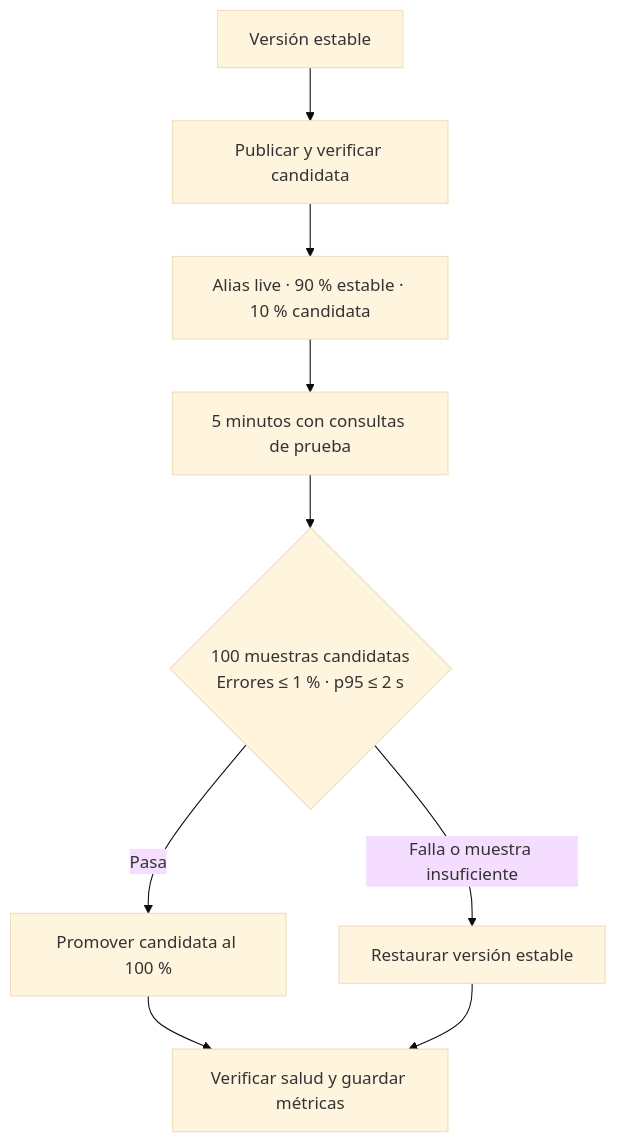
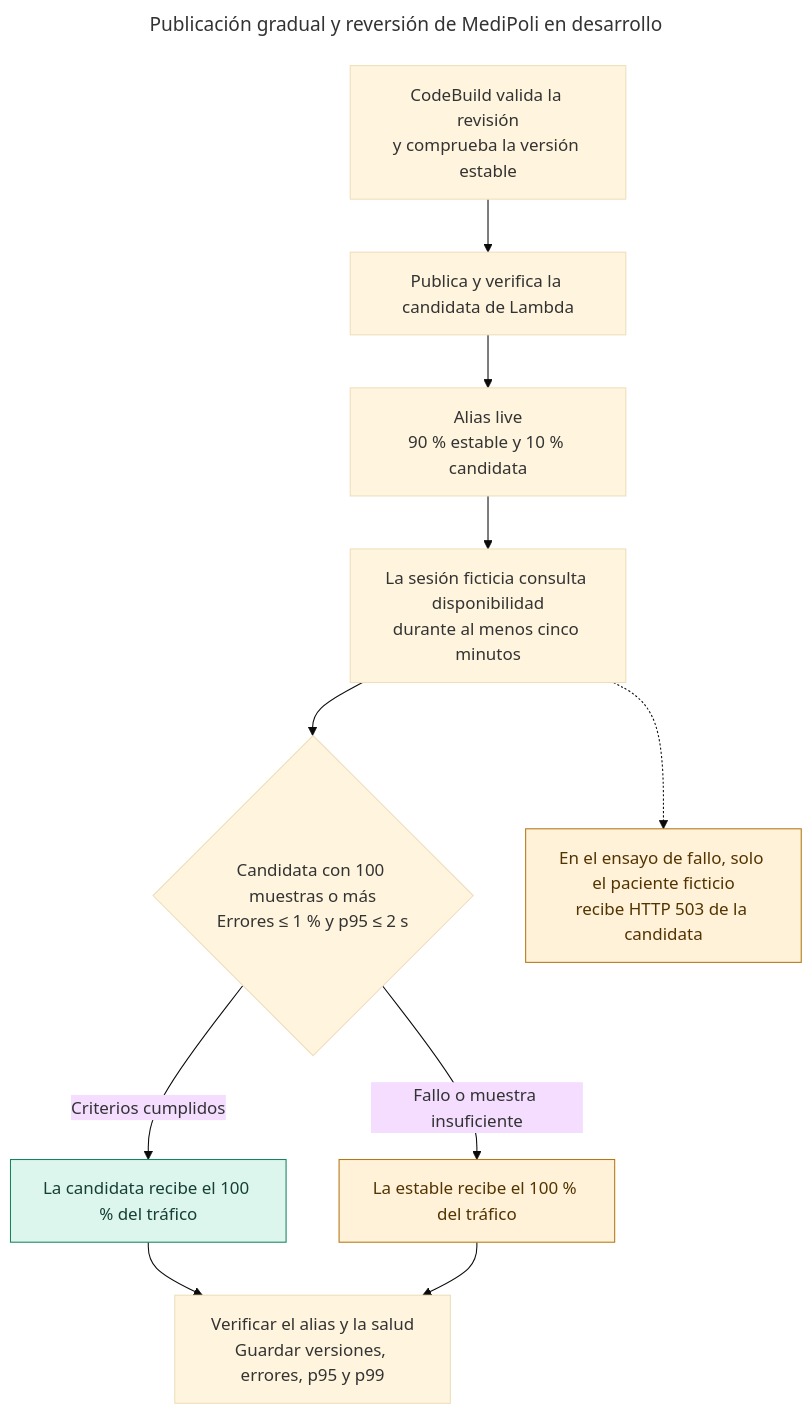
Before and after one commit to aisergio/MediPoli: the diagram in diagramas/u4/02-canary.mmd, drawn with Mermaid (base theme). The commit also changed 2 other files, not shown here.

Commit message:
Documenta la promoción canaria y la reversión verificadas

```diff
--- a/diagramas/u4/02-canary.mmd
+++ b/diagramas/u4/02-canary.mmd
@@ -1,8 +1,18 @@
+---
+title: Publicación gradual y reversión de MediPoli en desarrollo
+---
 flowchart TB
-  A["Versión estable"] --> B["Publicar y verificar candidata"]
-  B --> C["Alias live · 90 % estable · 10 % candidata"]
-  C --> D["5 minutos con consultas de prueba"]
-  D --> E{"100 muestras candidatas<br/>Errores ≤ 1 % · p95 ≤ 2 s"}
-  E -->|"Pasa"| P["Promover candidata al 100 %"]
-  E -->|"Falla o muestra insuficiente"| R["Restaurar versión estable"]
-  P & R --> X["Verificar salud y guardar métricas"]
+  A["CodeBuild valida la revisión<br/>y comprueba la versión estable"]
+  A --> B["Publica y verifica la candidata de Lambda"]
+  B --> C["Alias live<br/>90 % estable y 10 % candidata"]
+  C --> D["La sesión ficticia consulta disponibilidad<br/>durante al menos cinco minutos"]
+  D --> E{"Candidata con 100 muestras o más<br/>Errores ≤ 1 % y p95 ≤ 2 s"}
+  D -.-> F["En el ensayo de fallo, solo el paciente ficticio<br/>recibe HTTP 503 de la candidata"]
+  E -->|"Criterios cumplidos"| P["La candidata recibe el 100 % del tráfico"]
+  E -->|"Fallo o muestra insuficiente"| R["La estable recibe el 100 % del tráfico"]
+  P --> X["Verificar el alias y la salud<br/>Guardar versiones, errores, p95 y p99"]
+  R --> X
+  classDef promoted fill:#ddf6ed,stroke:#188363,color:#163f35
+  classDef reverted fill:#fff2d9,stroke:#b37815,color:#533400
+  class P promoted
+  class R,F reverted
```
